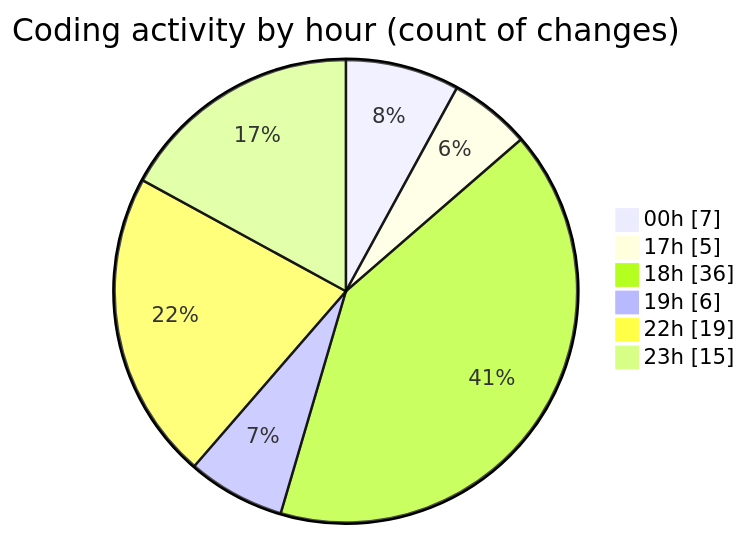
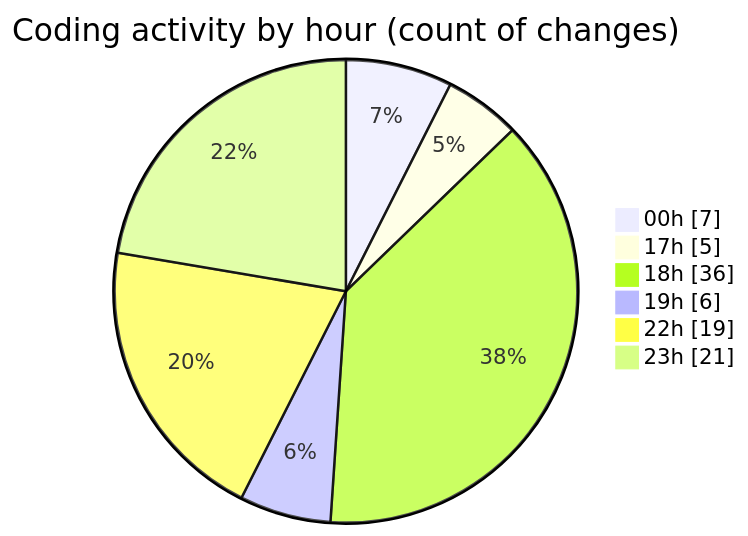
Before and after one commit to Elitesun/code-tracking: the second of 2 diagrams in 2025-05-25/elitesun/README.md, drawn with Mermaid. The commit also changed other lines of this file and 1 other file, not shown here.

````diff
--- a/2025-05-25/elitesun/README.md
+++ b/2025-05-25/elitesun/README.md
@@ -43,10 +43,10 @@
 ```mermaid
 pie showData
 title Coding activity by hour (count of changes)
 "00h" : 7
 "17h" : 5
 "18h" : 36
 "19h" : 6
 "22h" : 19
-"23h" : 15
+"23h" : 21
 ```
````
